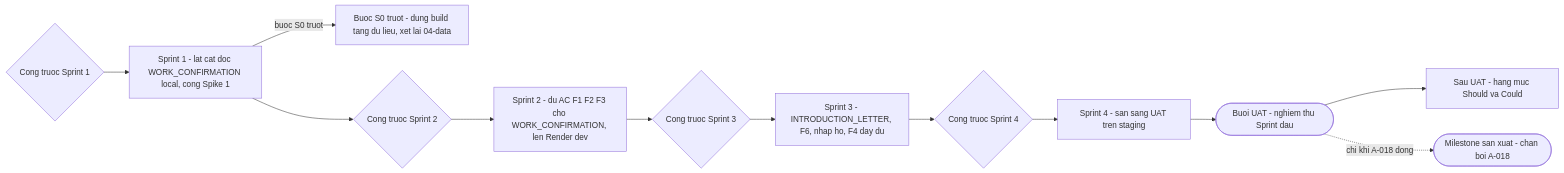
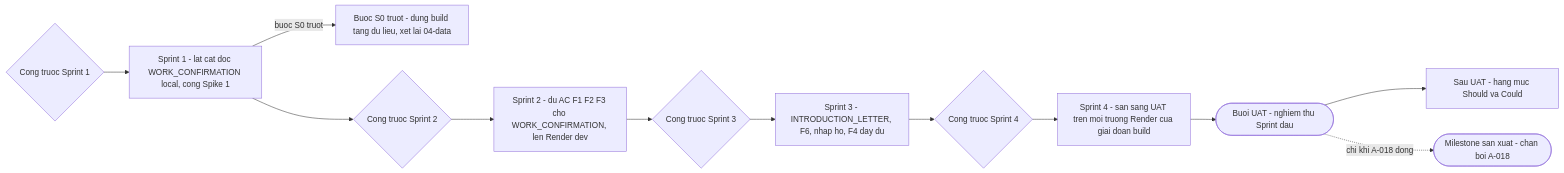
Before and after one commit to CongDuc02/AdminServiceDeskAgent: the diagram in docs/design/12-roadmap.md, drawn with Mermaid. The commit also changed other lines of this file and 5 other files, not shown here.

````diff
--- a/docs/design/12-roadmap.md
+++ b/docs/design/12-roadmap.md
@@ -36,21 +36,21 @@
 ```mermaid
 flowchart LR
     G1{Cong truoc Sprint 1}
     SP1[Sprint 1 - lat cat doc WORK_CONFIRMATION local, cong Spike 1]
     S0FAIL[Buoc S0 truot - dung build tang du lieu, xet lai 04-data]
     G2{Cong truoc Sprint 2}
     SP2[Sprint 2 - du AC F1 F2 F3 cho WORK_CONFIRMATION, len Render dev]
     G3{Cong truoc Sprint 3}
     SP3[Sprint 3 - INTRODUCTION_LETTER, F6, nhap ho, F4 day du]
     G4{Cong truoc Sprint 4}
-    SP4[Sprint 4 - san sang UAT tren staging]
+    SP4[Sprint 4 - san sang UAT tren moi truong Render cua giai doan build]
     UAT([Buoi UAT - nghiem thu Sprint dau])
     POST[Sau UAT - hang muc Should va Could]
     PROD([Milestone san xuat - chan boi A-018])
 
     G1 --> SP1
     SP1 -->|buoc S0 truot| S0FAIL
     SP1 --> G2 --> SP2 --> G3 --> SP3 --> G4 --> SP4 --> UAT
     UAT --> POST
     UAT -.->|chi khi A-018 dong| PROD
 ```
````
